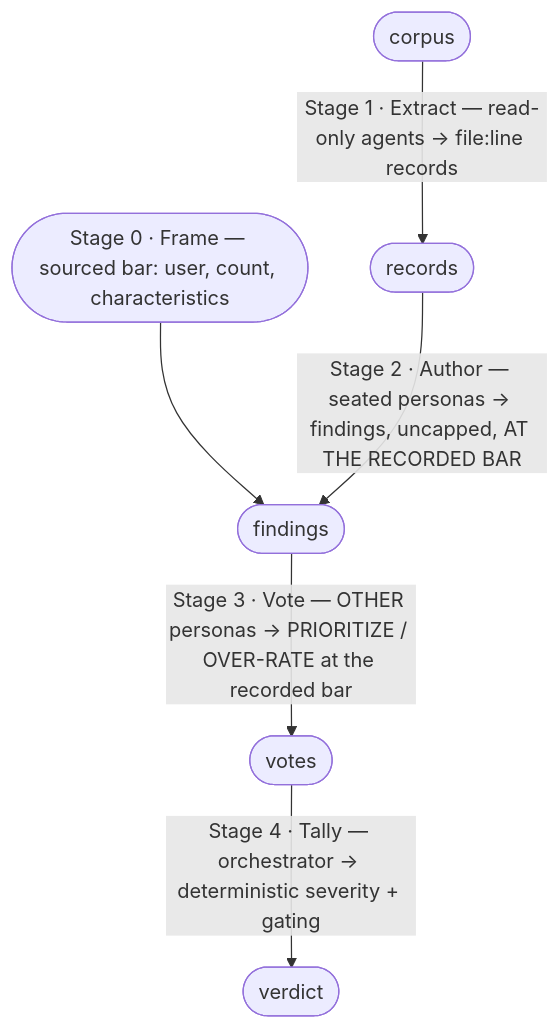
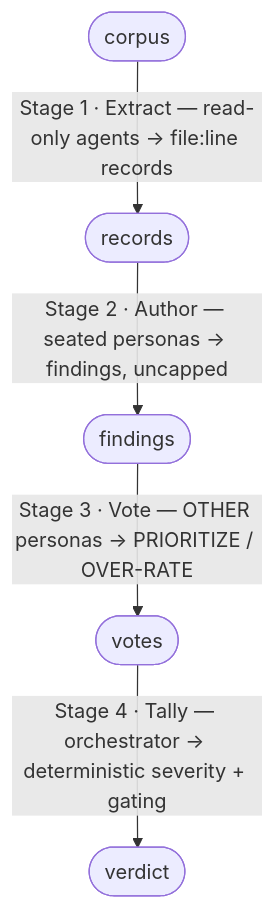
Before and after one commit to zaytsevand/chorus: the diagram in skill/chorus-review/GATE-PRIMITIVE.md, drawn with Mermaid. The commit also changed other lines of this file and 11 other files, not shown here.

````diff
--- a/skill/chorus-review/GATE-PRIMITIVE.md
+++ b/skill/chorus-review/GATE-PRIMITIVE.md
@@ -17,8 +16,7 @@
 ```mermaid
 flowchart TD
-    frame([Stage 0 · Frame — sourced bar: user, count, characteristics]) --> findings
     corpus([corpus]) -->|"Stage 1 · Extract — read-only agents → file:line records"| records([records])
-    records -->|"Stage 2 · Author — seated personas → findings, uncapped, AT THE RECORDED BAR"| findings([findings])
-    findings -->|"Stage 3 · Vote — OTHER personas → PRIORITIZE / OVER-RATE at the recorded bar"| votes([votes])
+    records -->|"Stage 2 · Author — seated personas → findings, uncapped"| findings([findings])
+    findings -->|"Stage 3 · Vote — OTHER personas → PRIORITIZE / OVER-RATE"| votes([votes])
     votes -->|"Stage 4 · Tally — orchestrator → deterministic severity + gating"| verdict([verdict])
 ```
````
